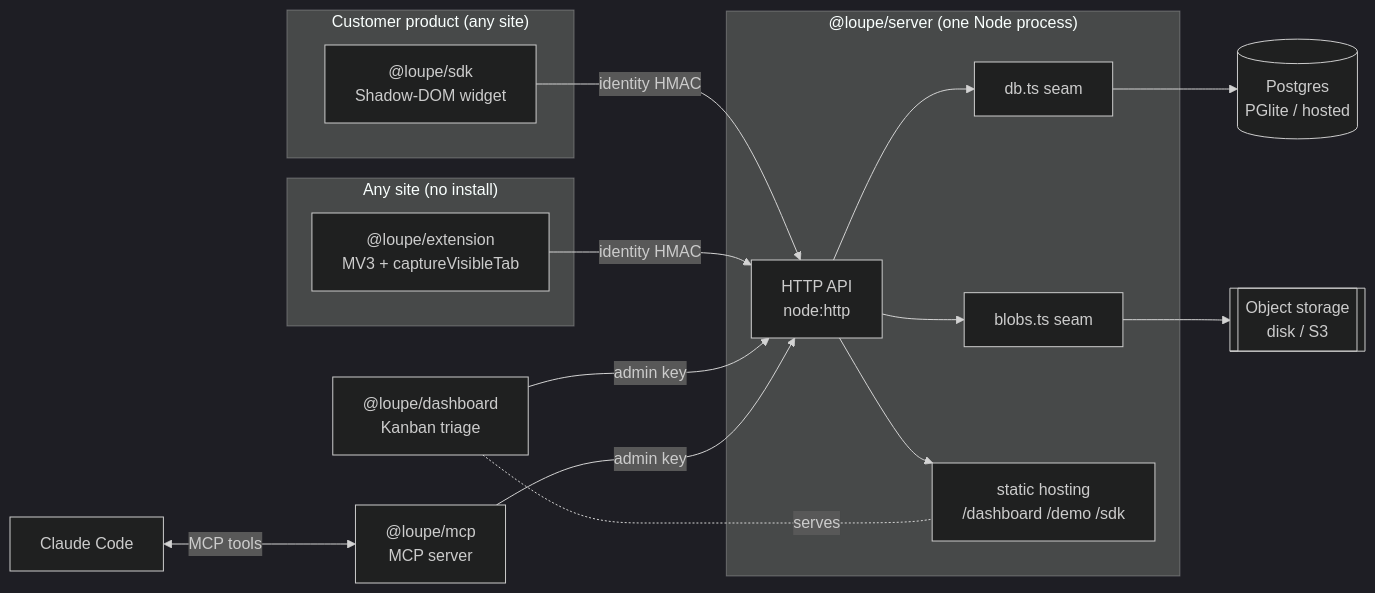
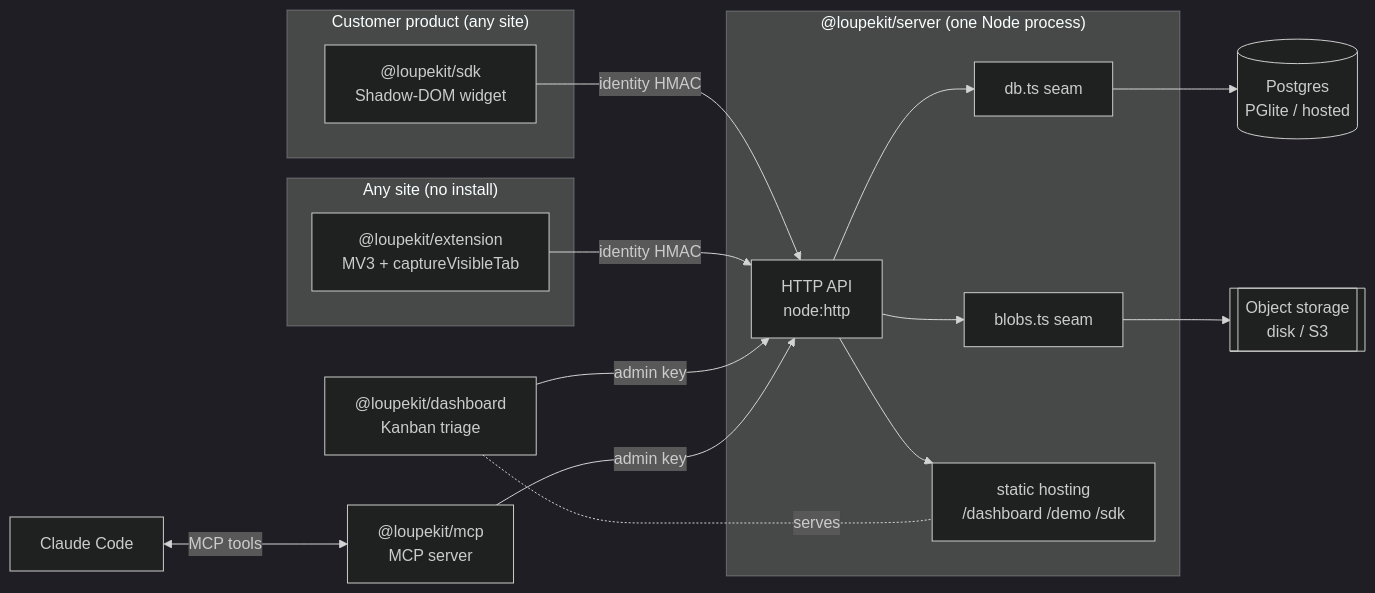
The first of 7 diagrams in docs/ARCHITECTURE.md (mohamed-ashraf-elsaed/loupe), drawn with Mermaid (dark theme) before and after one commit. The commit also changed other lines of this file and 23 other files, not shown here.

````diff
--- a/docs/ARCHITECTURE.md
+++ b/docs/ARCHITECTURE.md
@@ -20,30 +20,30 @@
 ```mermaid
 flowchart LR
   subgraph Product["Customer product (any site)"]
-    SDK["@loupe/sdk<br/>Shadow-DOM widget"]
+    SDK["@loupekit/sdk<br/>Shadow-DOM widget"]
   end
   subgraph Ext["Any site (no install)"]
-    EXT["@loupe/extension<br/>MV3 + captureVisibleTab"]
+    EXT["@loupekit/extension<br/>MV3 + captureVisibleTab"]
   end
-  subgraph Backend["@loupe/server (one Node process)"]
+  subgraph Backend["@loupekit/server (one Node process)"]
     API["HTTP API<br/>node:http"]
     DBSEAM["db.ts seam"]
     BLOB["blobs.ts seam"]
     STATIC["static hosting<br/>/dashboard /demo /sdk"]
   end
   PG[("Postgres<br/>PGlite / hosted")]
   OBJ[["Object storage<br/>disk / S3"]]
-  DASH["@loupe/dashboard<br/>Kanban triage"]
-  MCP["@loupe/mcp<br/>MCP server"]
+  DASH["@loupekit/dashboard<br/>Kanban triage"]
+  MCP["@loupekit/mcp<br/>MCP server"]
   CLAUDE["Claude Code"]
 
   SDK -->|"identity HMAC"| API
   EXT -->|"identity HMAC"| API
   API --> DBSEAM --> PG
   API --> BLOB --> OBJ
   API --> STATIC
   DASH -->|"admin key"| API
   MCP -->|"admin key"| API
   CLAUDE <-->|"MCP tools"| MCP
   DASH -.serves.- STATIC
 ```
````
